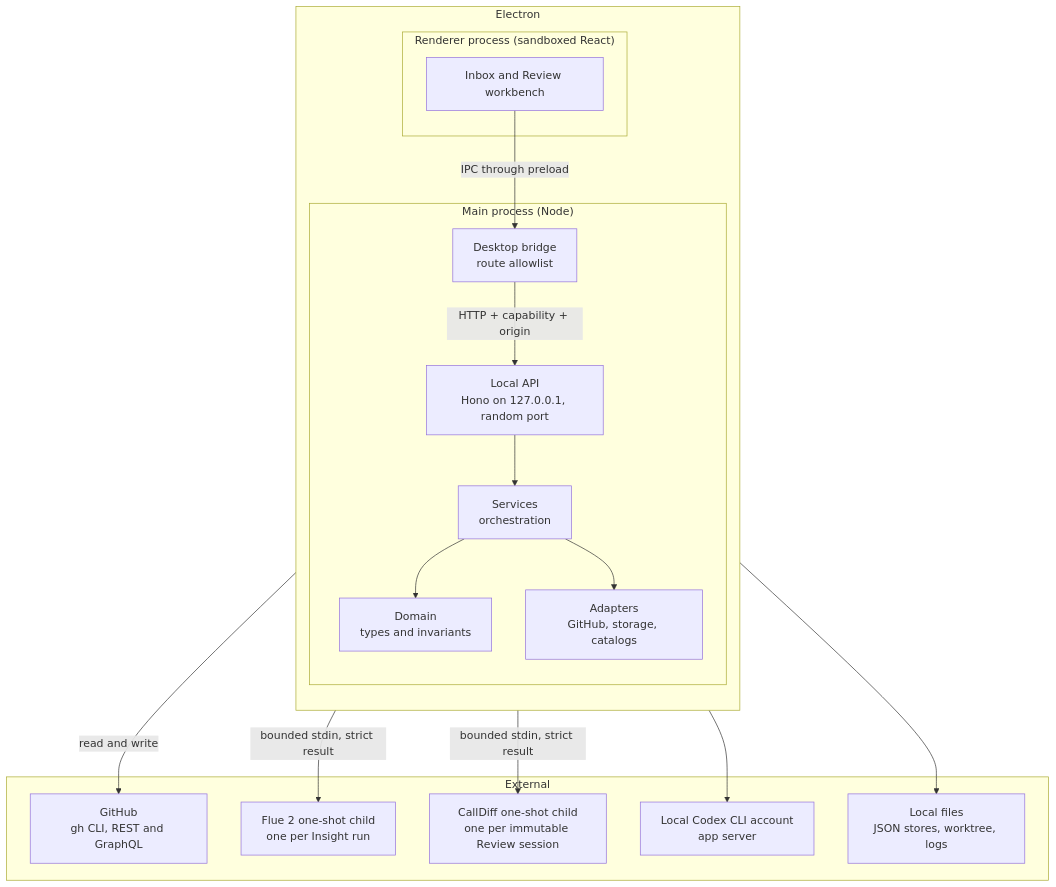
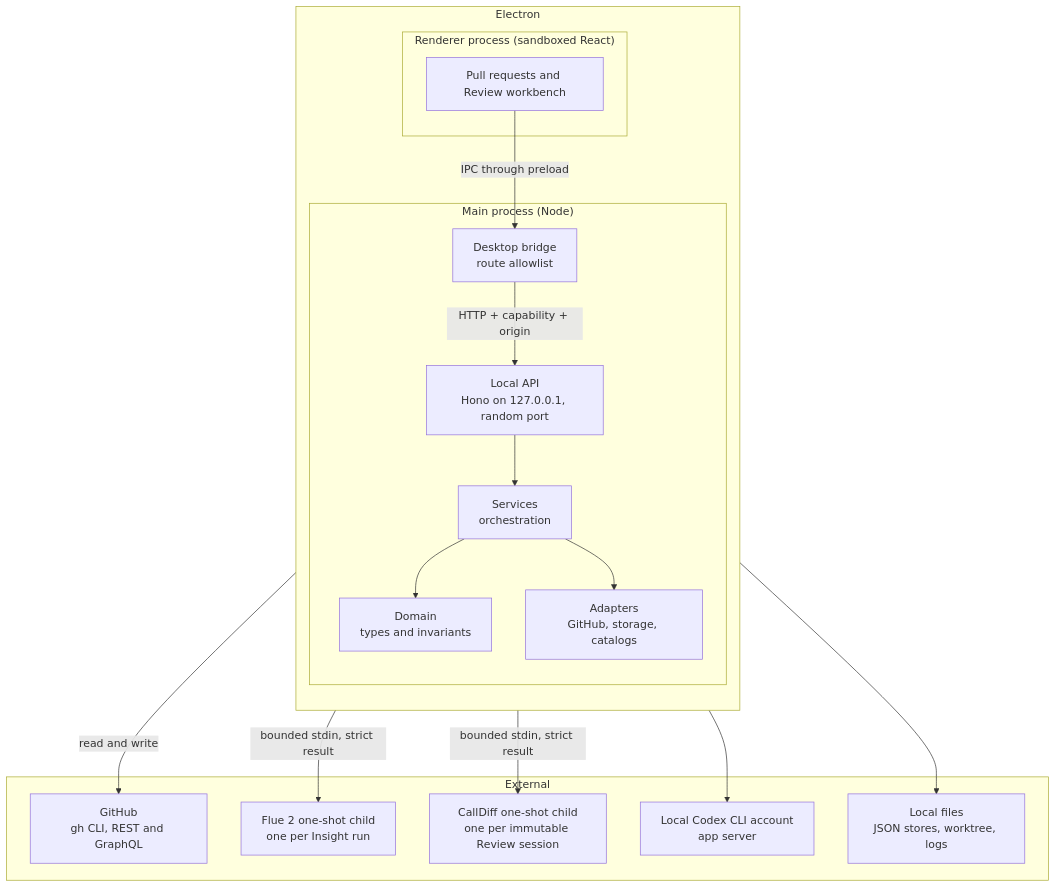
The diagram in docs/architecture.md (kwanpham2195/patchdesk), drawn with Mermaid before and after one commit. The commit also changed other lines of this file and 4 other files, not shown here.

First line of the commit message:
docs: record the pull requests screen vocabulary and its two ADRs

````diff
--- a/docs/architecture.md
+++ b/docs/architecture.md
@@ -19,33 +19,33 @@
 ```mermaid
 flowchart TB
     subgraph Electron
         direction TB
         subgraph Renderer["Renderer process (sandboxed React)"]
-            UI["Inbox and Review workbench"]
+            UI["Pull requests and Review workbench"]
         end
         subgraph Main["Main process (Node)"]
             Bridge["Desktop bridge<br/>route allowlist"]
             API["Local API<br/>Hono on 127.0.0.1, random port"]
             Services["Services<br/>orchestration"]
             Domain["Domain<br/>types and invariants"]
             Adapters["Adapters<br/>GitHub, storage, catalogs"]
         end
     end
     subgraph External["External"]
         GitHub["GitHub<br/>gh CLI, REST and GraphQL"]
         Flue["Flue 2 one-shot child<br/>one per Insight run"]
         CallDiff["CallDiff one-shot child<br/>one per immutable Review session"]
         Codex["Local Codex CLI account<br/>app server"]
         Files["Local files<br/>JSON stores, worktree, logs"]
     end
     UI -- "IPC through preload" --> Bridge
     Bridge -- "HTTP + capability + origin" --> API
     API --> Services
     Services --> Domain
     Services --> Adapters
     Adapters -- "read and write" --> GitHub
     Adapters --> Files
     Services -- "bounded stdin, strict result" --> Flue
     Services -- "bounded stdin, strict result" --> CallDiff
     Services --> Codex
 ```
````
